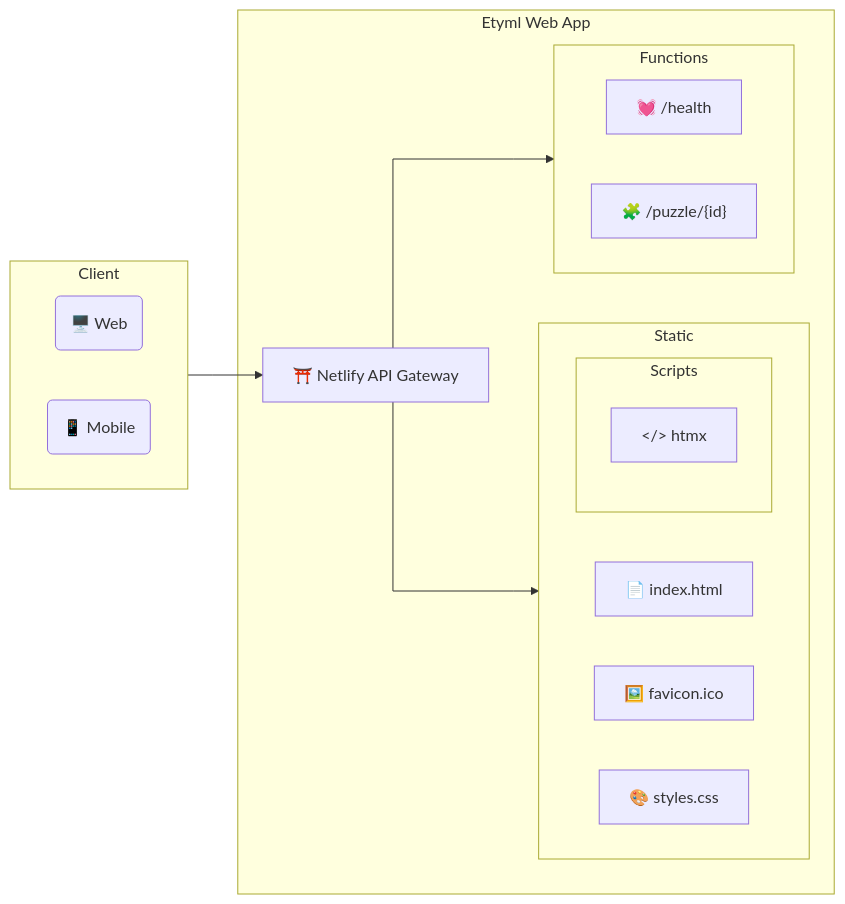
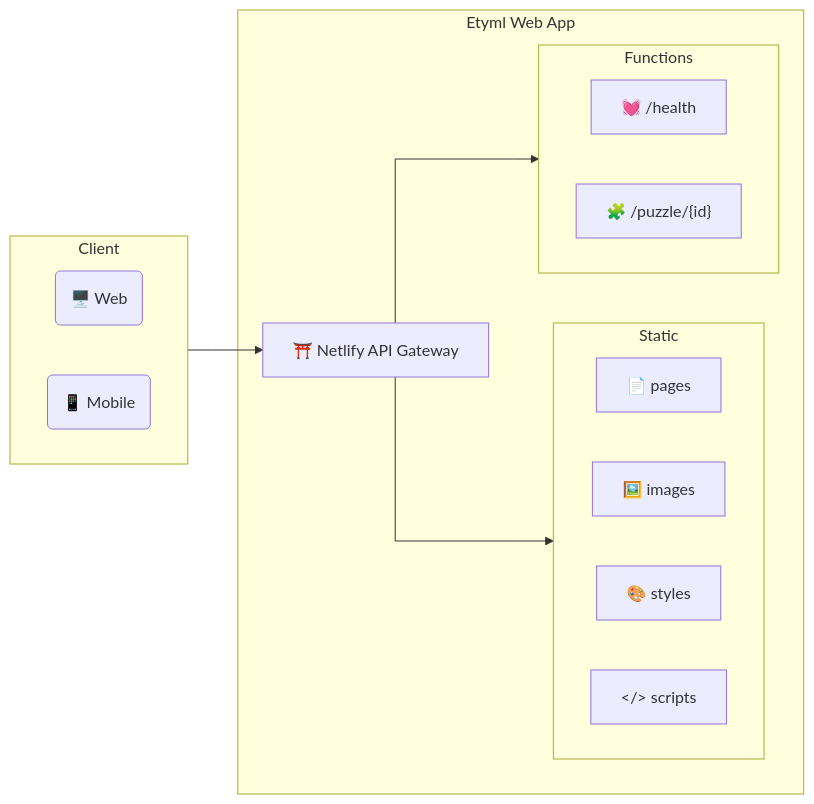
Before and after one commit to NDoolan360/etyml-app: the diagram in README.md, drawn with Mermaid. The commit also changed 9 other files, not shown here.

````diff
--- a/README.md
+++ b/README.md
@@ -12,31 +12,29 @@
 ```mermaid
 %%{ init : { "flowchart" : { "curve" : "stepBefore" }}}%%
 
 flowchart LR
     subgraph Client
         direction LR
         Web(🖥️ Web)
         Mobile(📱 Mobile)
     end
     subgraph Etyml Web App
         Netlify[⛩️ Netlify API Gateway]
         subgraph Static
             direction LR
-            index[📄 index.html]
-            favicon[🖼️ favicon.ico]
-            styles.css[🎨 styles.css]
-            subgraph scripts[Scripts]
-                htmx[&lt;/&gt; htmx]
-            end
+            pages[📄 pages]
+            images[🖼️ images]
+            styles[🎨 styles]
+            scripts[&lt;/&gt; scripts]
         end
         subgraph Functions
             direction LR
             health[💓 /health]
             puzzle["🧩 /puzzle/{id}"]
         end
     end
 
   Client --> Netlify
   Netlify --> Functions
   Netlify --> Static
 ```
````
